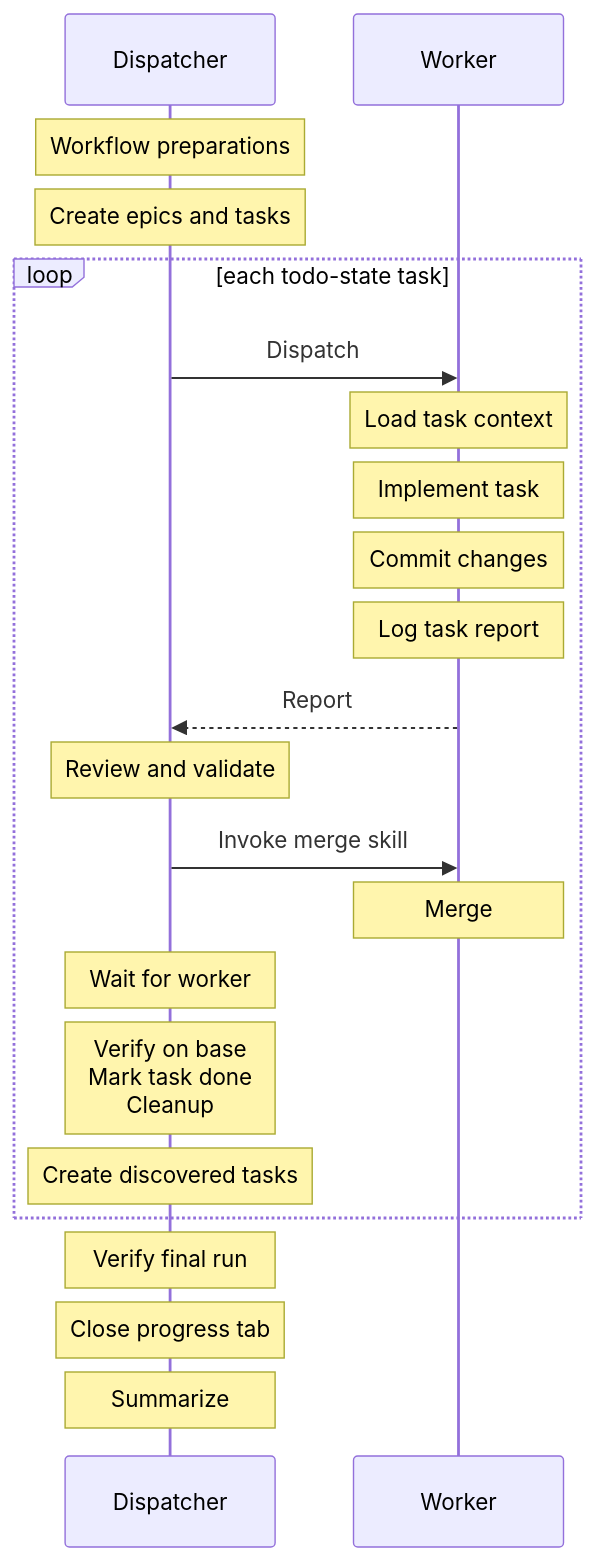
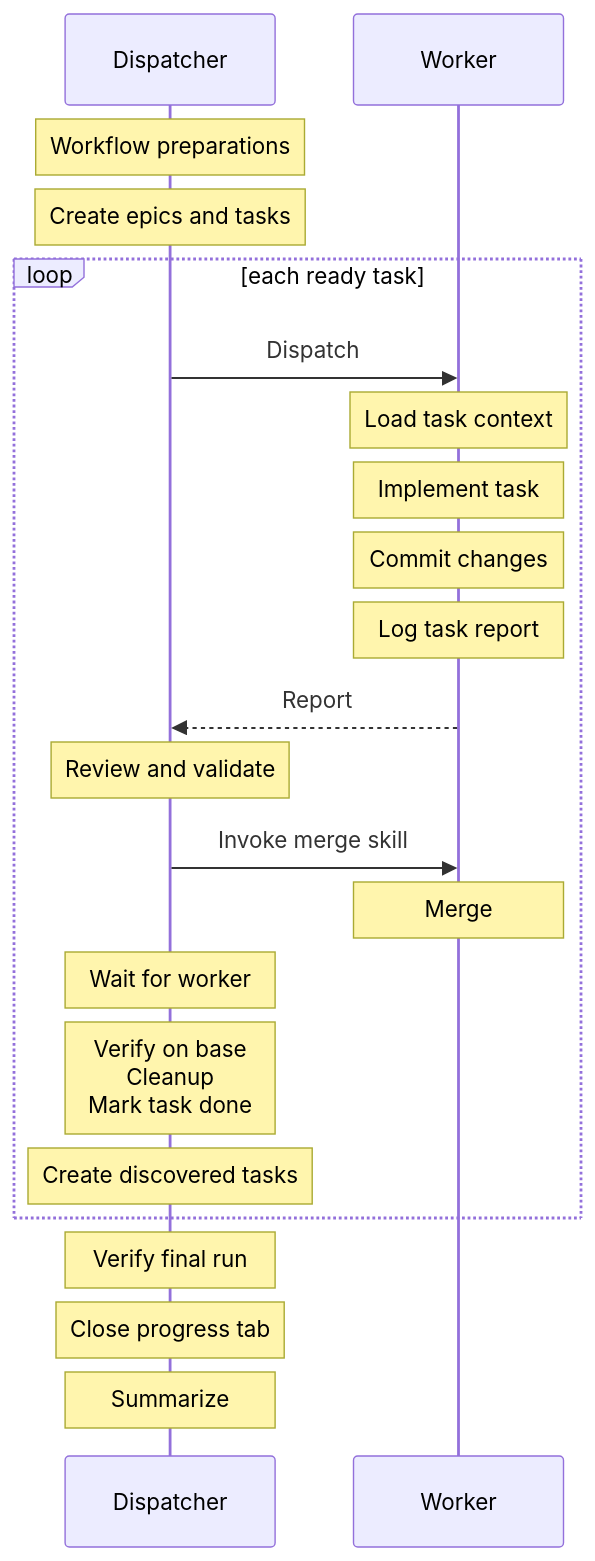
The diagram in agents/workflow.md (kenbanks-peng/skills), drawn with Mermaid before and after one commit.

Commit message:
Refine workflow task sequencing

````diff
--- a/agents/workflow.md
+++ b/agents/workflow.md
@@ -3,25 +3,25 @@
 ```mermaid
 sequenceDiagram
     participant Dispatcher
     participant Worker
 
     Note over Dispatcher: Workflow preparations
     Note over Dispatcher: Create epics and tasks
-    loop each todo-state task
+    loop each ready task
         Dispatcher->>Worker: Dispatch
         Note over Worker: Load task context
         Note over Worker: Implement task
         Note over Worker: Commit changes
         Note over Worker: Log task report
         Worker-->>Dispatcher: Report
         Note over Dispatcher: Review and validate
         Dispatcher->>Worker: Invoke merge skill
         Note over Worker: Merge
         Note over Dispatcher: Wait for worker
-        Note over Dispatcher: Verify on base<br/>Mark task done<br/>Cleanup
+        Note over Dispatcher: Verify on base<br/>Cleanup<br/>Mark task done
         Note over Dispatcher: Create discovered tasks
     end
     Note over Dispatcher: Verify final run
     Note over Dispatcher: Close progress tab
     Note over Dispatcher: Summarize
 ```
````
